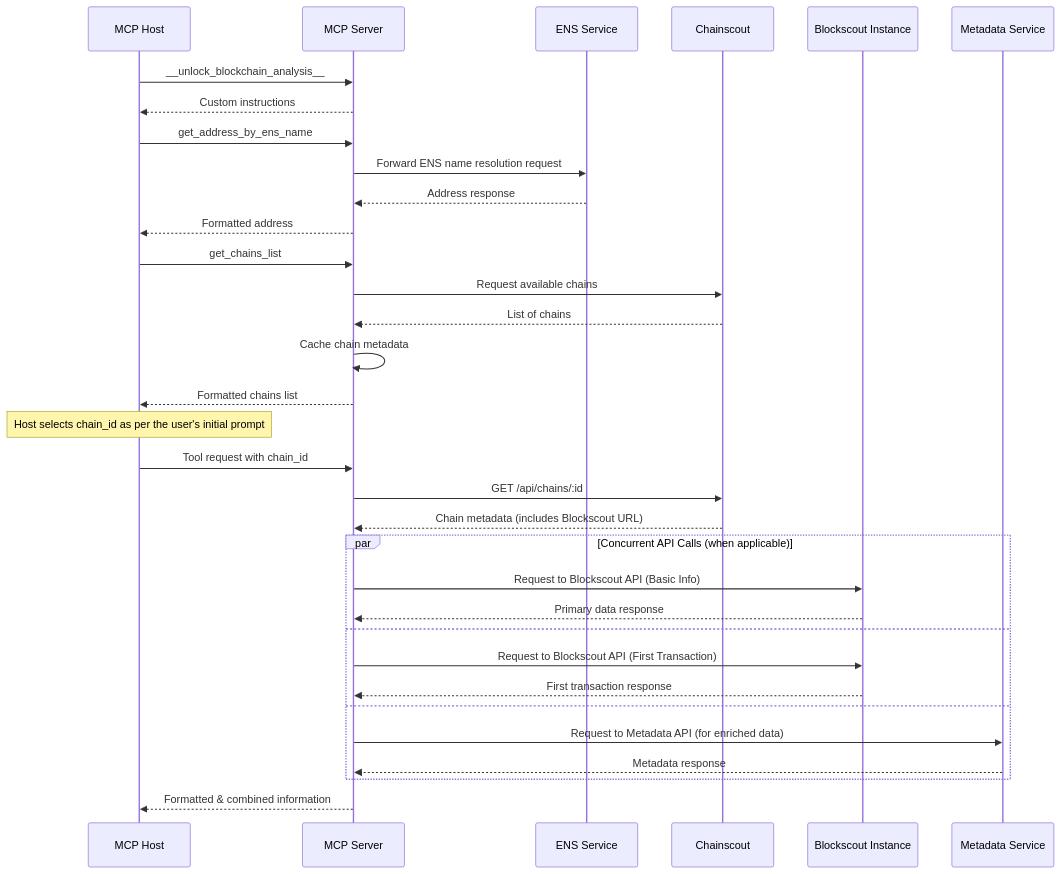
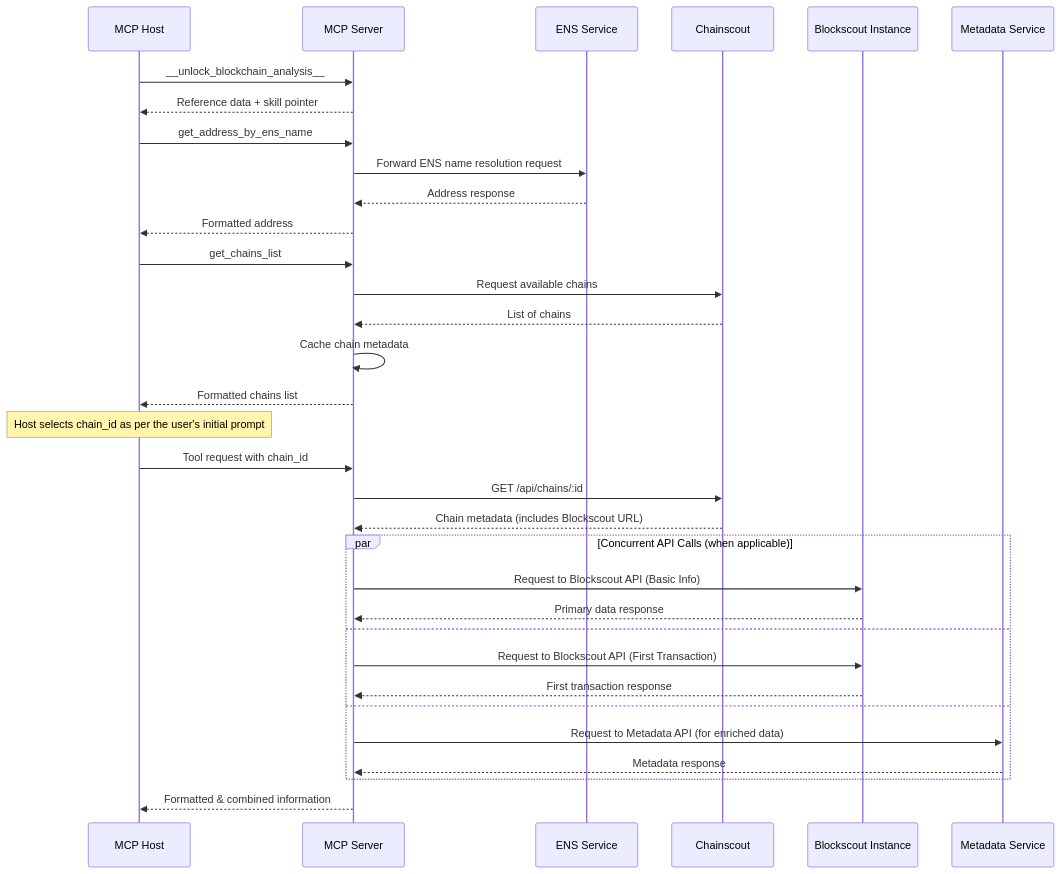
The first of 3 diagrams in SPEC.md (blockscout/mcp-server), drawn with Mermaid before and after one commit. The commit also changed other lines of this file and 15 other files, not shown here.

Commit message:
Shrink MCP server instructions (#351)

````diff
--- a/SPEC.md
+++ b/SPEC.md
@@ -60,40 +60,40 @@
 ```mermaid
 sequenceDiagram
     participant AI as MCP Host
     participant MCP as MCP Server
     participant BENS as ENS Service
     participant CS as Chainscout
     participant BS as Blockscout Instance
     participant Metadata as Metadata Service
 
     AI->>MCP: __unlock_blockchain_analysis__
-    MCP-->>AI: Custom instructions
+    MCP-->>AI: Reference data + skill pointer
 
     AI->>MCP: get_address_by_ens_name
     MCP->>BENS: Forward ENS name resolution request
     BENS-->>MCP: Address response
     MCP-->>AI: Formatted address
 
     AI->>MCP: get_chains_list
     MCP->>CS: Request available chains
     CS-->>MCP: List of chains
     MCP->>MCP: Cache chain metadata
     MCP-->>AI: Formatted chains list
 
     Note over AI: Host selects chain_id as per the user's initial prompt
 
     AI->>MCP: Tool request with chain_id
     MCP->>CS: GET /api/chains/:id
     CS-->>MCP: Chain metadata (includes Blockscout URL)
     par Concurrent API Calls (when applicable)
         MCP->>BS: Request to Blockscout API (Basic Info)
         BS-->>MCP: Primary data response
     and
         MCP->>BS: Request to Blockscout API (First Transaction)
         BS-->>MCP: First transaction response
     and
         MCP->>Metadata: Request to Metadata API (for enriched data)
         Metadata-->>MCP: Metadata response
     end
     MCP-->>AI: Formatted & combined information
 ```
````
